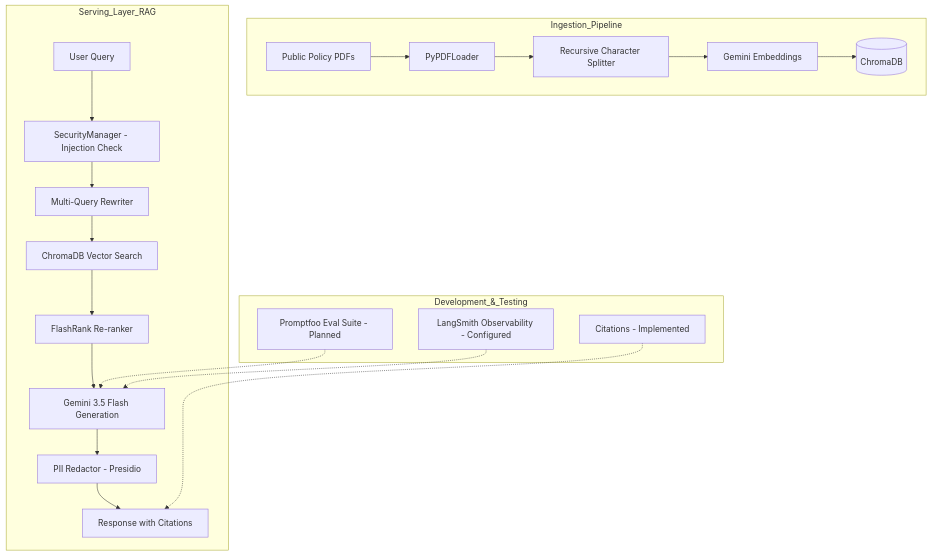
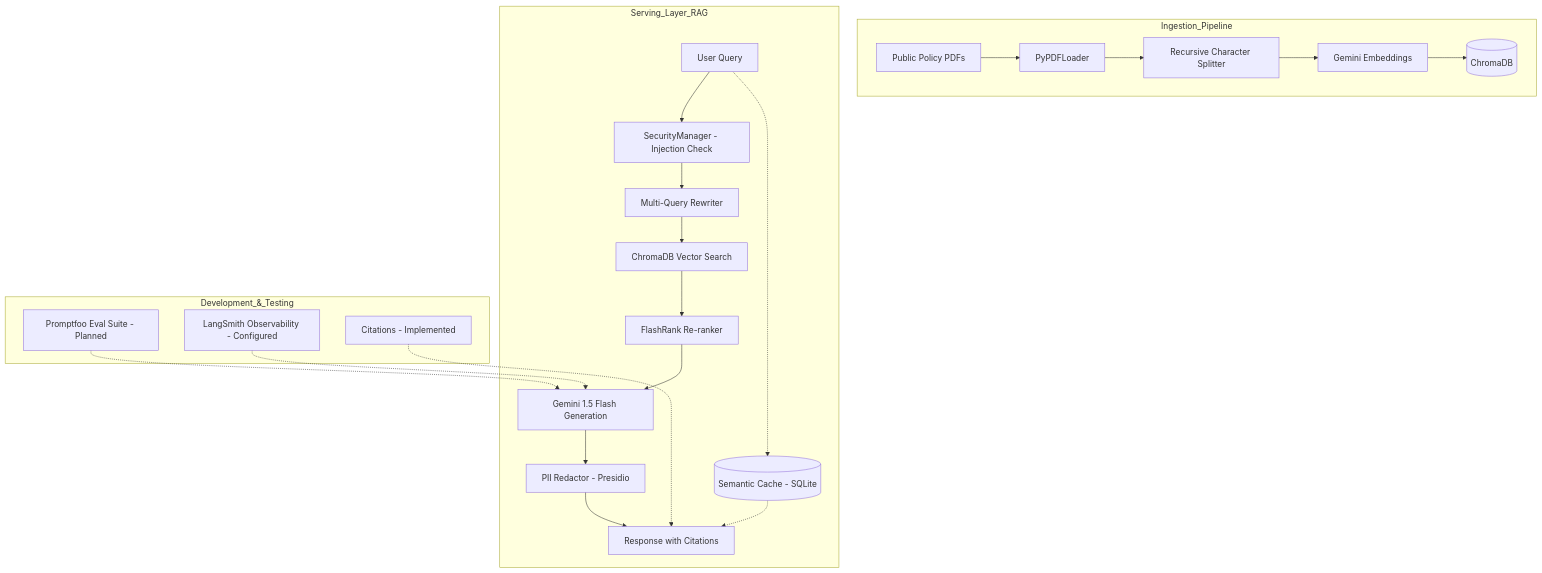
The diagram in RAG_ARCHITECTURE.md (RumethH/Gov-Policy-Insight), drawn with Mermaid before and after one commit. The commit also changed other lines of this file and 28 other files, not shown here.

````diff
--- a/RAG_ARCHITECTURE.md
+++ b/RAG_ARCHITECTURE.md
@@ -7,25 +7,27 @@
 ```mermaid
 graph TD
     subgraph Ingestion_Pipeline
         A[Public Policy PDFs] --> B[PyPDFLoader]
         B --> C[Recursive Character Splitter]
         C --> D[Gemini Embeddings]
         D --> E[(ChromaDB)]
     end
 
     subgraph Serving_Layer_RAG
         F[User Query] --> G[SecurityManager - Injection Check]
         G --> H[Multi-Query Rewriter]
         H --> I[ChromaDB Vector Search]
         I --> J[FlashRank Re-ranker]
-        J --> K[Gemini 3.5 Flash Generation]
+        J --> K[Gemini 1.5 Flash Generation]
         K --> L[PII Redactor - Presidio]
         L --> M[Response with Citations]
+        F -.-> SC[(Semantic Cache - SQLite)]
+        SC -.-> M
     end
 
     subgraph Development_&_Testing
         N[Promptfoo Eval Suite - Planned] -.-> K
         O[LangSmith Observability - Configured] -.-> K
         P[Citations - Implemented] -.-> M
     end
 ```
````
